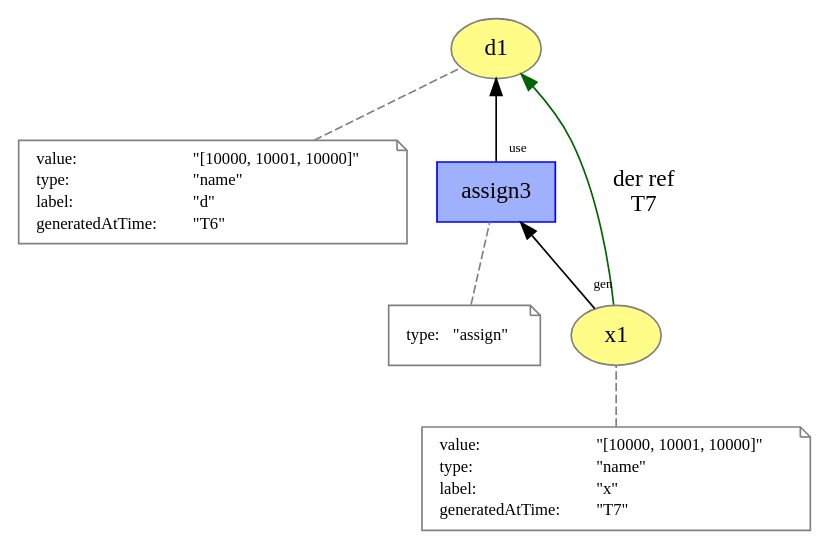
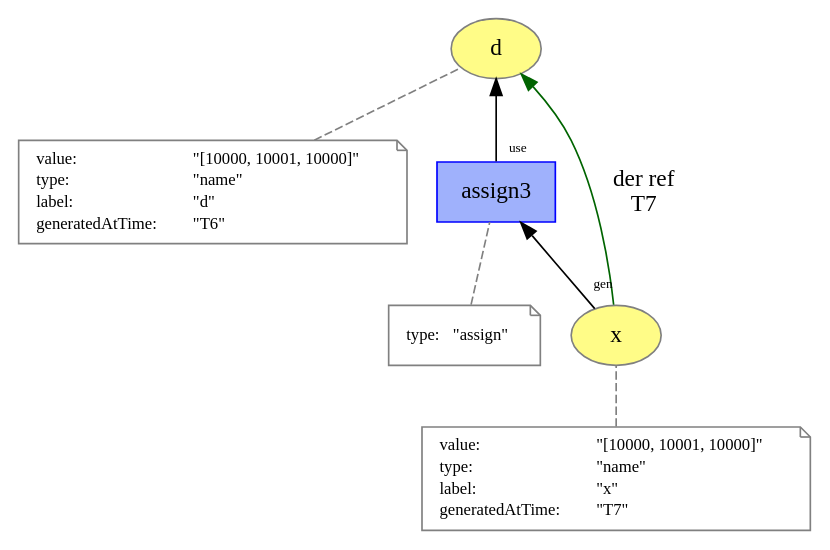
Before and after one commit to dew-uff/versioned-prov: the diagram in versioned_prov/list_assign2.dot, drawn with Graphviz. The commit also changed 51 other files, not shown here.

```diff
--- a/versioned_prov/list_assign2.dot
+++ b/versioned_prov/list_assign2.dot
@@ -1,54 +1,54 @@
 digraph "PROV" { size="16,12"; rankdir="BT";
-"http://example.org/d1" [fillcolor="#FFFC87",color="#808080",style="filled",label="d1",URL="http://example.org/d1"]
+"http://example.org/d" [fillcolor="#FFFC87",color="#808080",style="filled",label="d",URL="http://example.org/d"]
 "-attrs0" [color="gray",shape="note",fontsize="10",fontcolor="black",label=<<TABLE cellpadding="0" border="0">
 	<TR>
 	    <TD align="left">value:</TD>
 	    <TD align="left">&quot;[10000, 10001, 10000]&quot;</TD>
 	</TR>
 	<TR>
 	    <TD align="left">type:</TD>
 	    <TD align="left">&quot;name&quot;</TD>
 	</TR>
 	<TR>
 	    <TD align="left">label:</TD>
 	    <TD align="left">&quot;d&quot;</TD>
 	</TR>
 	<TR>
 	    <TD align="left">generatedAtTime:</TD>
 	    <TD align="left">&quot;T6&quot;</TD>
 	</TR>
 </TABLE>>]
-"-attrs0" -> "http://example.org/d1" [color="gray",style="dashed",arrowhead="none"]
-"http://example.org/x1" [fillcolor="#FFFC87",color="#808080",style="filled",label="x1",URL="http://example.org/x1"]
+"-attrs0" -> "http://example.org/d" [color="gray",style="dashed",arrowhead="none"]
+"http://example.org/x" [fillcolor="#FFFC87",color="#808080",style="filled",label="x",URL="http://example.org/x"]
 "-attrs1" [color="gray",shape="note",fontsize="10",fontcolor="black",label=<<TABLE cellpadding="0" border="0">
 	<TR>
 	    <TD align="left">value:</TD>
 	    <TD align="left">&quot;[10000, 10001, 10000]&quot;</TD>
 	</TR>
 	<TR>
 	    <TD align="left">type:</TD>
 	    <TD align="left">&quot;name&quot;</TD>
 	</TR>
 	<TR>
 	    <TD align="left">label:</TD>
 	    <TD align="left">&quot;x&quot;</TD>
 	</TR>
 	<TR>
 	    <TD align="left">generatedAtTime:</TD>
 	    <TD align="left">&quot;T7&quot;</TD>
 	</TR>
 </TABLE>>]
-"-attrs1" -> "http://example.org/x1" [color="gray",style="dashed",arrowhead="none"]
+"-attrs1" -> "http://example.org/x" [color="gray",style="dashed",arrowhead="none"]
 "http://example.org/assign3" [fillcolor="#9FB1FC",color="#0000FF",shape="polygon",sides="4",style="filled",label="assign3",URL="http://example.org/assign3"]
 "-attrs2" [color="gray",shape="note",fontsize="10",fontcolor="black",label=<<TABLE cellpadding="0" border="0">
 	<TR>
 	    <TD align="left">type:</TD>
 	    <TD align="left">&quot;assign&quot;</TD>
 	</TR>
 </TABLE>>]
 "-attrs2" -> "http://example.org/assign3" [color="gray",style="dashed",arrowhead="none"]
-"http://example.org/assign3" -> "http://example.org/d1" [labelfontsize="8",labeldistance="1.5",labelangle="60.0",rotation="20",taillabel="use"]
-"http://example.org/x1" -> "http://example.org/assign3" [labelfontsize="8",labeldistance="1.5",labelangle="60.0",rotation="20",taillabel="gen"]
-"http://example.org/x1" -> "http://example.org/d1" [labelfontsize="8",labeldistance="1.5",color="darkgreen",labelangle="60.0",rotation="20",label="der ref
+"http://example.org/assign3" -> "http://example.org/d" [labelfontsize="8",labeldistance="1.5",labelangle="60.0",rotation="20",taillabel="use"]
+"http://example.org/x" -> "http://example.org/assign3" [labelfontsize="8",labeldistance="1.5",labelangle="60.0",rotation="20",taillabel="gen"]
+"http://example.org/x" -> "http://example.org/d" [labelfontsize="8",labeldistance="1.5",color="darkgreen",labelangle="60.0",rotation="20",label="der ref
 T7"]
 }
```
